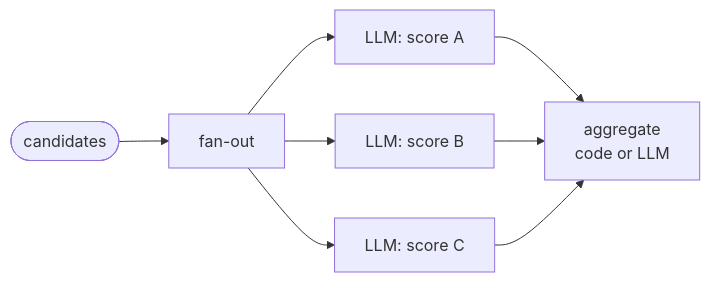
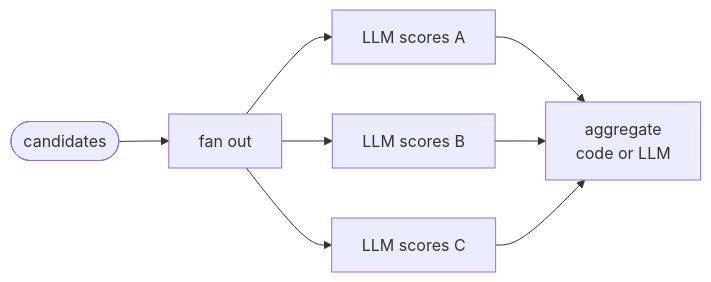
One commit to xkondix/ai-agents-JAVA-SPRING changed the third of 5 diagrams in PATTERNS.md. Above: the diagram before and after it, drawn with Mermaid. The commit also changed other lines of this file and 3 other files, not shown here.

````diff
--- a/PATTERNS.md
+++ b/PATTERNS.md
@@ -127,10 +133,10 @@
 ```mermaid
 flowchart LR
-    IN([candidates]) --> F[fan-out]
-    F --> P1[LLM: score A]
-    F --> P2[LLM: score B]
-    F --> P3[LLM: score C]
+    IN([candidates]) --> F[fan out]
+    F --> P1[LLM scores A]
+    F --> P2[LLM scores B]
+    F --> P3[LLM scores C]
     P1 --> AGG[aggregate<br/>code or LLM]
     P2 --> AGG
     P3 --> AGG
 ```
````
